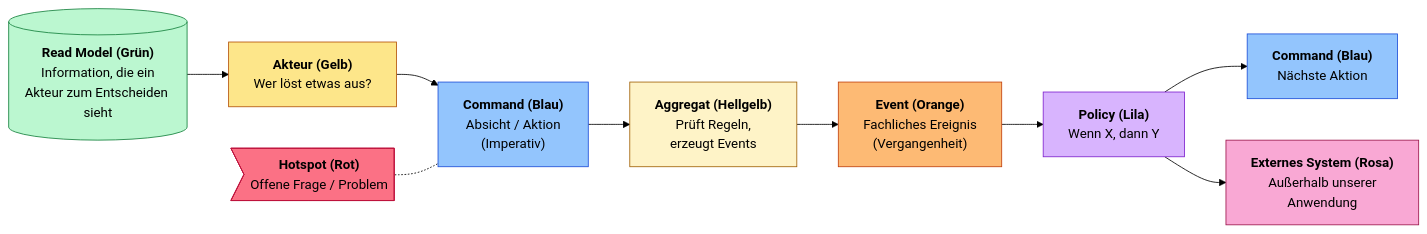
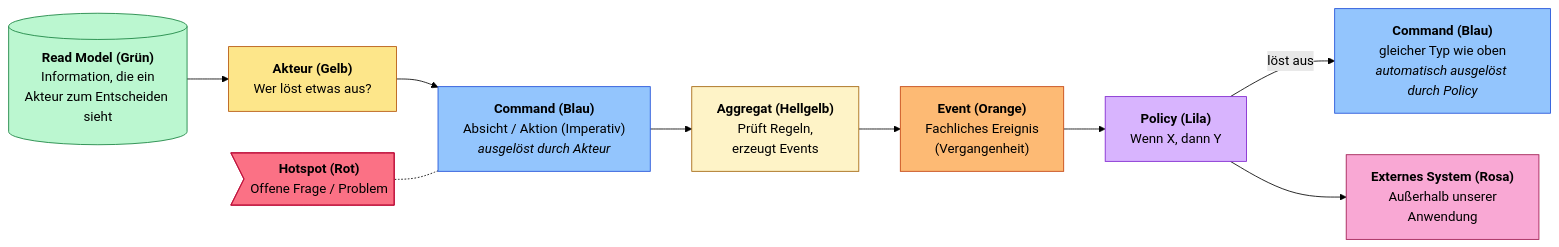
The first of 9 diagrams in documentation/Uebung3.md (normaharley/ModerneSoftwarentwicklungWS26), drawn with Mermaid (forest theme) before and after one commit.

Commit message:
Uebung 3: Anpassung für Review

````diff
--- a/documentation/Uebung3.md
+++ b/documentation/Uebung3.md
@@ -7,25 +7,25 @@
 ```mermaid
 flowchart LR
   rm[("<b>Read Model (Grün)</b><br>Information, die ein<br>Akteur zum Entscheiden sieht")]:::readmodel
   ak["<b>Akteur (Gelb)</b><br>Wer löst etwas aus?"]:::actor
-  cmd["<b>Command (Blau)</b><br>Absicht / Aktion<br>(Imperativ)"]:::command
+  cmd["<b>Command (Blau)</b><br>Absicht / Aktion (Imperativ)<br><i>ausgelöst durch Akteur</i>"]:::command
   ag["<b>Aggregat (Hellgelb)</b><br>Prüft Regeln,<br>erzeugt Events"]:::aggregate
   ev["<b>Event (Orange)</b><br>Fachliches Ereignis<br>(Vergangenheit)"]:::event
   pol["<b>Policy (Lila)</b><br>Wenn X, dann Y"]:::policy
-  cmd2["<b>Command (Blau)</b><br>Nächste Aktion"]:::command
+  cmd2["<b>Command (Blau)</b><br>gleicher Typ wie oben<br><i>automatisch ausgelöst durch Policy</i>"]:::command
   ext["<b>Externes System (Rosa)</b><br>Außerhalb unserer<br>Anwendung"]:::external
   hs>"<b>Hotspot (Rot)</b><br>Offene Frage / Problem"]:::hotspot
 
-  rm --> ak --> cmd --> ag --> ev --> pol --> cmd2
+  rm --> ak --> cmd --> ag --> ev --> pol -- "löst aus" --> cmd2
   pol --> ext
   hs -.- cmd
 
   classDef actor fill:#fde68a,stroke:#b45309,color:#000
   classDef command fill:#93c5fd,stroke:#1d4ed8,color:#000
   classDef aggregate fill:#fef3c7,stroke:#a16207,color:#000
   classDef event fill:#fdba74,stroke:#c2410c,color:#000
   classDef policy fill:#d8b4fe,stroke:#7e22ce,color:#000
   classDef external fill:#f9a8d4,stroke:#9d174d,color:#000
   classDef readmodel fill:#bbf7d0,stroke:#15803d,color:#000
   classDef hotspot fill:#fb7185,stroke:#be123c,color:#000
 ```
````
